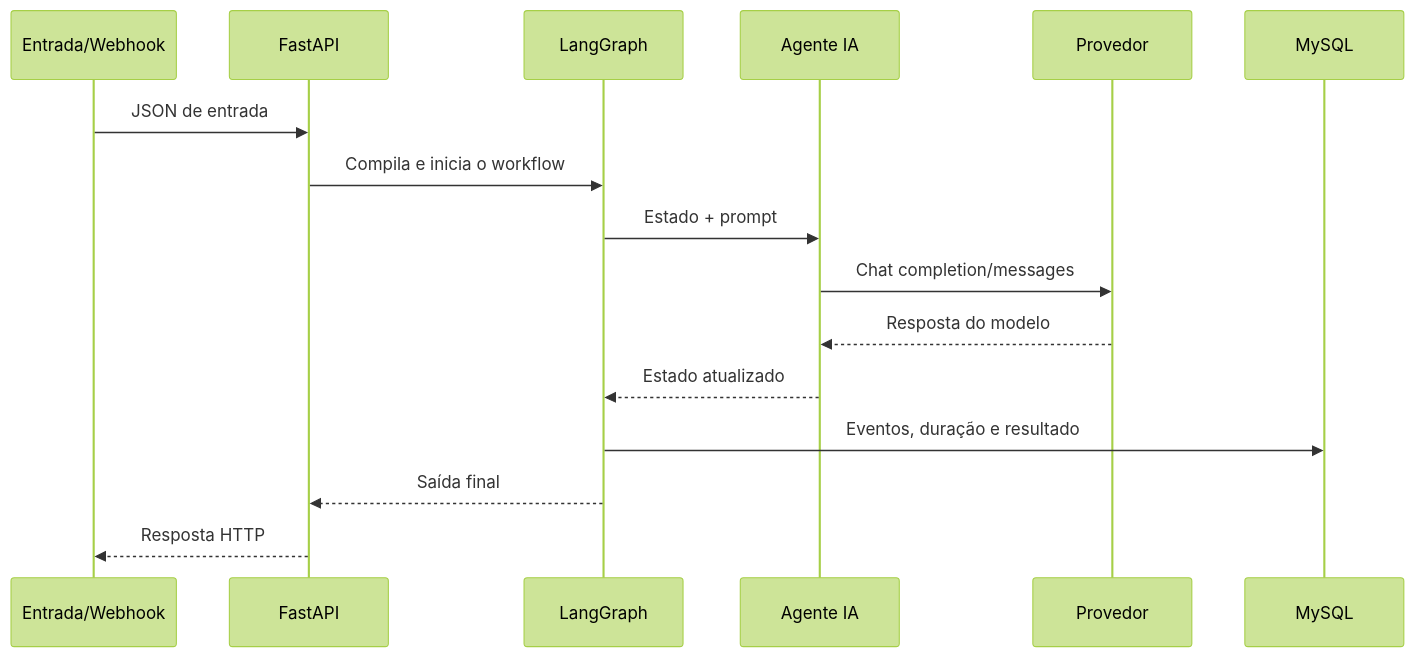
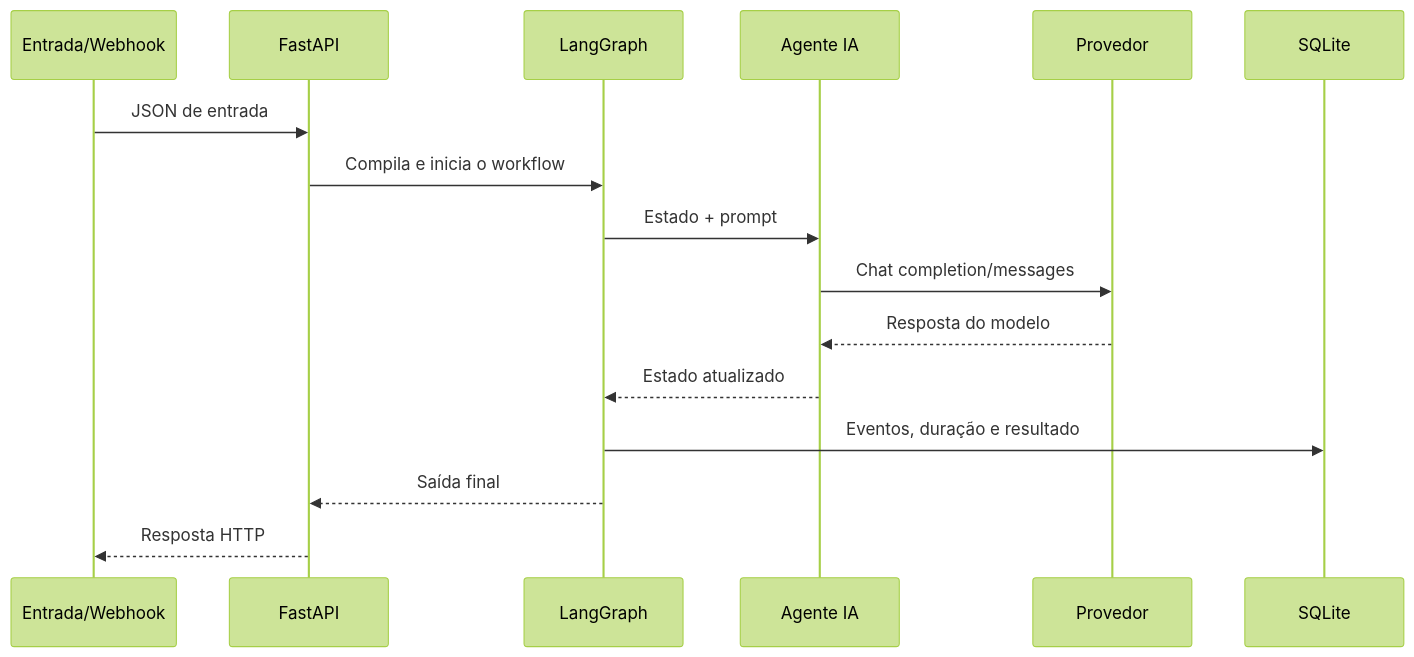
Before and after one commit to wanbnn/agenticflow: the second of 2 diagrams in README.md, drawn with Mermaid (forest theme). The commit also changed other lines of this file and 30 other files, not shown here.

````diff
--- a/README.md
+++ b/README.md
@@ -314,19 +409,19 @@
 ```mermaid
 sequenceDiagram
     participant Trigger as Entrada/Webhook
     participant API as FastAPI
     participant Graph as LangGraph
     participant Agent as Agente IA
     participant Provider as Provedor
-    participant DB as MySQL
+    participant DB as SQLite
 
     Trigger->>API: JSON de entrada
     API->>Graph: Compila e inicia o workflow
     Graph->>Agent: Estado + prompt
     Agent->>Provider: Chat completion/messages
     Provider-->>Agent: Resposta do modelo
     Agent-->>Graph: Estado atualizado
     Graph->>DB: Eventos, duração e resultado
     Graph-->>API: Saída final
     API-->>Trigger: Resposta HTTP
 ```
````
